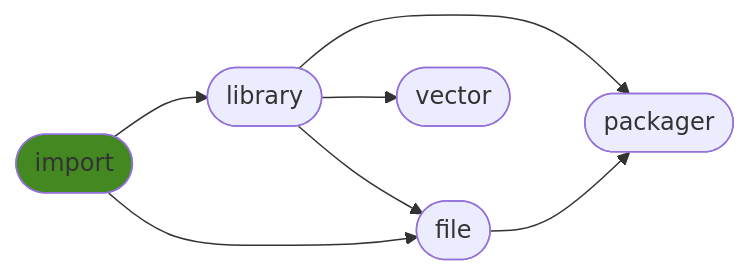
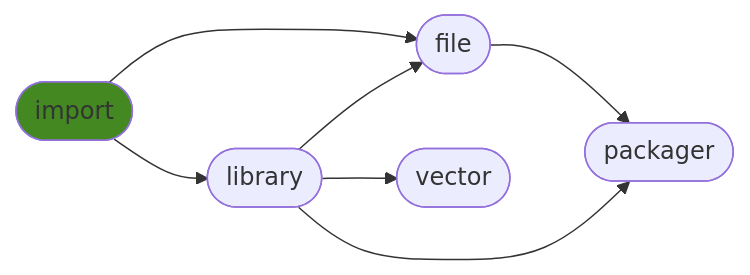
The diagram in README.md (ManderaGeneral/generalimport), drawn with Mermaid before and after one commit. The commit also changed other lines of this file, not shown here.

````diff
--- a/README.md
+++ b/README.md
@@ -28,15 +28,15 @@
 ```mermaid
 flowchart LR
+2([file]) --> 4([packager])
+0([import]) --> 2([file])
+1([library]) --> 4([packager])
 1([library]) --> 2([file])
-0([import]) --> 2([file])
+0([import]) --> 1([library])
 1([library]) --> 3([vector])
-1([library]) --> 4([packager])
-0([import]) --> 1([library])
-2([file]) --> 4([packager])
 click 0 "https://github.com/ManderaGeneral/generalimport"
 click 1 "https://github.com/ManderaGeneral/generallibrary"
 click 2 "https://github.com/ManderaGeneral/generalfile"
 click 3 "https://github.com/ManderaGeneral/generalvector"
 click 4 "https://github.com/ManderaGeneral/generalpackager"
 style 0 fill:#482
 ```
````
